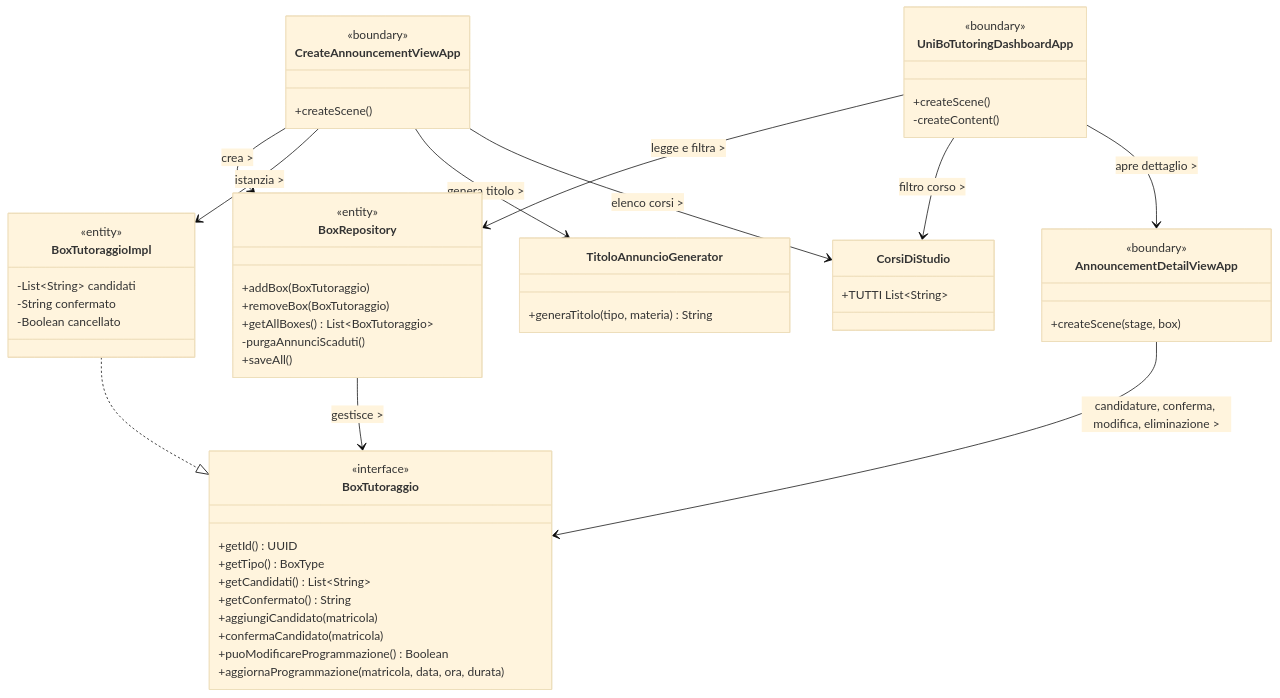
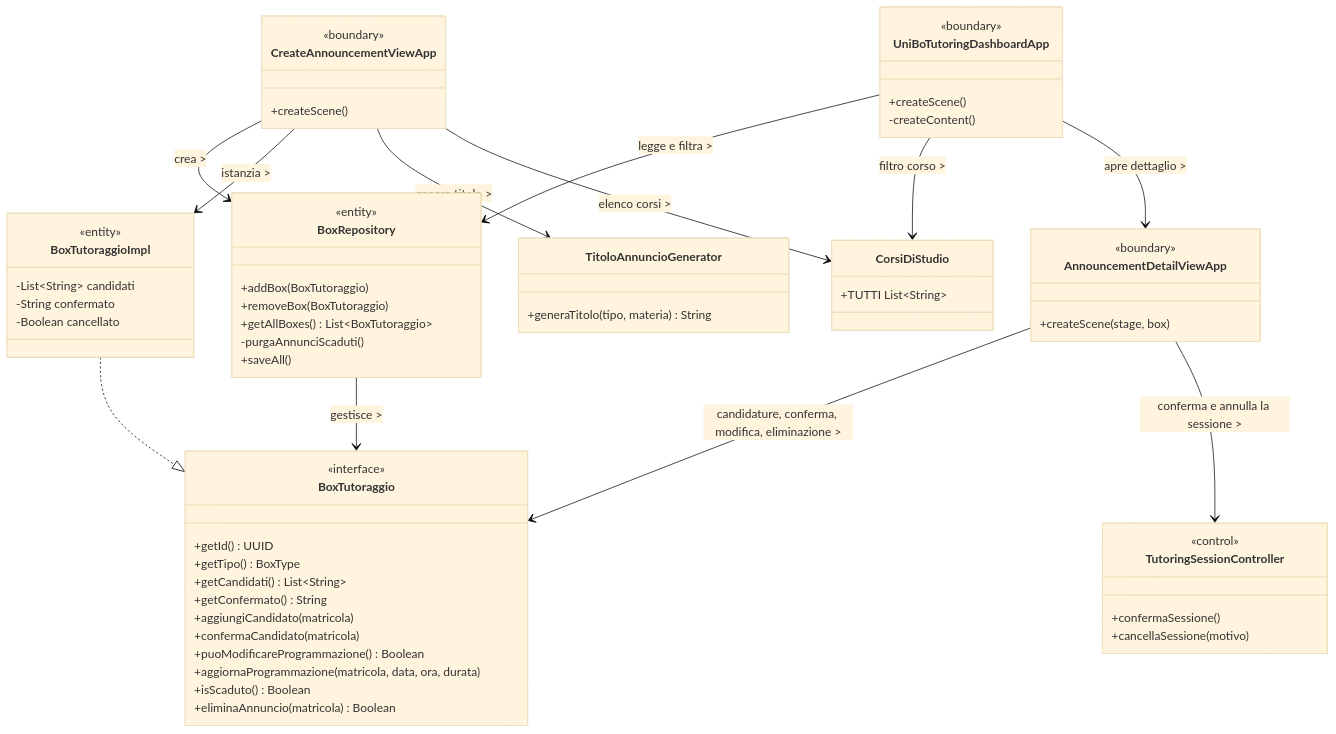
Before and after one commit to Sil2564/unibo_tutoring: the sixth of 9 diagrams in README.md, drawn with Mermaid (base theme). The commit also changed other lines of this file, not shown here.

First line of the commit message:
Revise tutoring box requirements and expiration rules

````diff
--- a/README.md
+++ b/README.md
@@ -423,69 +423,78 @@
 ```mermaid
 classDiagram
     %% ============================================================
     %% DESIGN DETTAGLIATO - DASHBOARD E BOX DI TUTORAGGIO (SILVIA)
     %% ============================================================
 
     class BoxTutoraggio {
         +getId() UUID
         +getTipo() BoxType
         +getCandidati() List~String~
         +getConfermato() String
         +aggiungiCandidato(matricola)
         +confermaCandidato(matricola)
         +puoModificareProgrammazione() Boolean
         +aggiornaProgrammazione(matricola, data, ora, durata)
+        +isScaduto() Boolean
+        +eliminaAnnuncio(matricola) Boolean
     }
     <<interface>> BoxTutoraggio
 
     class BoxTutoraggioImpl {
         -List~String~ candidati
         -String confermato
         -Boolean cancellato
     }
     <<entity>> BoxTutoraggioImpl
 
     class BoxRepository {
         +addBox(BoxTutoraggio)
         +removeBox(BoxTutoraggio)
         +getAllBoxes() List~BoxTutoraggio~
         -purgaAnnunciScaduti()
         +saveAll()
     }
     <<entity>> BoxRepository
 
     class UniBoTutoringDashboardApp {
         +createScene()
         -createContent()
     }
     <<boundary>> UniBoTutoringDashboardApp
 
     class CreateAnnouncementViewApp {
         +createScene()
     }
     <<boundary>> CreateAnnouncementViewApp
 
     class AnnouncementDetailViewApp {
         +createScene(stage, box)
     }
     <<boundary>> AnnouncementDetailViewApp
 
     class TitoloAnnuncioGenerator {
         +generaTitolo(tipo, materia) String
     }
 
     class CorsiDiStudio {
         +TUTTI List~String~
     }
 
+    class TutoringSessionController {
+        +confermaSessione()
+        +cancellaSessione(motivo)
+    }
+    <<control>> TutoringSessionController
+
     BoxTutoraggioImpl ..|> BoxTutoraggio
     UniBoTutoringDashboardApp --> BoxRepository : legge e filtra >
     CreateAnnouncementViewApp --> BoxRepository : crea >
     BoxRepository --> BoxTutoraggio : gestisce >
     CreateAnnouncementViewApp --> BoxTutoraggioImpl : istanzia >
     CreateAnnouncementViewApp --> TitoloAnnuncioGenerator : genera titolo >
     CreateAnnouncementViewApp --> CorsiDiStudio : elenco corsi >
     UniBoTutoringDashboardApp --> CorsiDiStudio : filtro corso >
     UniBoTutoringDashboardApp --> AnnouncementDetailViewApp : apre dettaglio >
     AnnouncementDetailViewApp --> BoxTutoraggio : candidature, conferma, modifica, eliminazione >
+    AnnouncementDetailViewApp --> TutoringSessionController : conferma e annulla la sessione >
 ```
````
